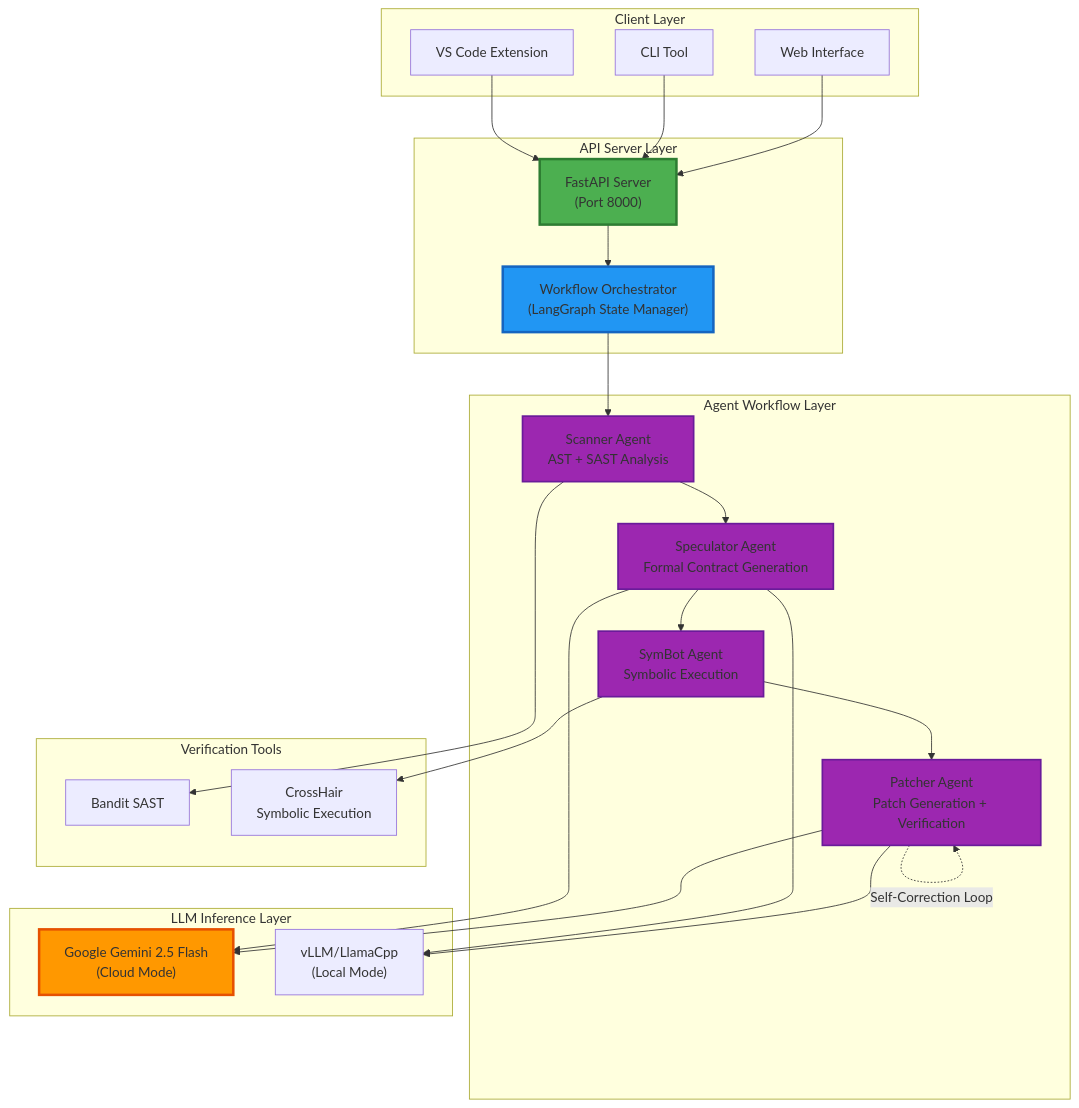
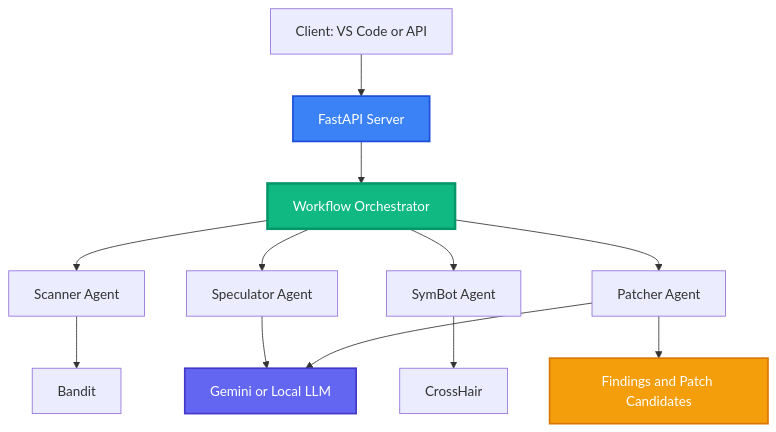
The first of 2 diagrams in README.md (Keerthivasan-Venkitajalam/secure-code-ai), drawn with Mermaid before and after one commit. The commit also changed other lines of this file, not shown here.

````diff
--- a/README.md
+++ b/README.md
@@ -92,57 +59,22 @@
 ```mermaid
 graph TB
-    subgraph Clients["Client Layer"]
-        VSCode["VS Code Extension"]
-        CLI["CLI Tool"]
-        WebUI["Web Interface"]
-    end
+    Client[Client: VS Code or API] --> Server[FastAPI Server]
+    Server --> Orch[Workflow Orchestrator]
 
-    subgraph API["API Server Layer"]
-        FastAPI["FastAPI Server<br/>(Port 8000)"]
-        Orchestrator["Workflow Orchestrator<br/>(LangGraph State Manager)"]
-    end
+    Orch --> Scan[Scanner Agent]
+    Orch --> Spec[Speculator Agent]
+    Orch --> Sym[SymBot Agent]
+    Orch --> Patch[Patcher Agent]
 
-    subgraph Agents["Agent Workflow Layer"]
-        Scanner["Scanner Agent<br/>AST + SAST Analysis"]
-        Speculator["Speculator Agent<br/>Formal Contract Generation"]
-        SymBot["SymBot Agent<br/>Symbolic Execution"]
-        Patcher["Patcher Agent<br/>Patch Generation + Verification"]
-        
-        Scanner --> Speculator
-        Speculator --> SymBot
-        SymBot --> Patcher
-        Patcher -.Self-Correction Loop.-> Patcher
-    end
+    Scan --> Bandit[Bandit]
+    Spec --> LLM[Gemini or Local LLM]
+    Sym --> CrossHair[CrossHair]
+    Patch --> LLM
 
-    subgraph LLM["LLM Inference Layer"]
-        Gemini["Google Gemini 2.5 Flash<br/>(Cloud Mode)"]
-        vLLM["vLLM/LlamaCpp<br/>(Local Mode)"]
-    end
+    Patch --> Result[Findings and Patch Candidates]
 
-    subgraph Tools["Verification Tools"]
-        Bandit["Bandit SAST"]
-        CrossHair["CrossHair<br/>Symbolic Execution"]
-    end
-
-    VSCode --> FastAPI
-    CLI --> FastAPI
-    WebUI --> FastAPI
-    
-    FastAPI --> Orchestrator
-    Orchestrator --> Scanner
-    
-    Scanner --> Bandit
-    Speculator --> Gemini
-    Speculator --> vLLM
-    SymBot --> CrossHair
-    Patcher --> Gemini
-    Patcher --> vLLM
-
-    style FastAPI fill:#4CAF50,stroke:#2E7D32,stroke-width:3px
-    style Orchestrator fill:#2196F3,stroke:#1565C0,stroke-width:3px
-    style Gemini fill:#FF9800,stroke:#E65100,stroke-width:3px
-    style Scanner fill:#9C27B0,stroke:#6A1B9A,stroke-width:2px
-    style Speculator fill:#9C27B0,stroke:#6A1B9A,stroke-width:2px
-    style SymBot fill:#9C27B0,stroke:#6A1B9A,stroke-width:2px
-    style Patcher fill:#9C27B0,stroke:#6A1B9A,stroke-width:2px
+    style Orch fill:#10b981,stroke:#059669,stroke-width:3px,color:#fff
+    style Server fill:#3b82f6,stroke:#1d4ed8,stroke-width:2px,color:#fff
+    style LLM fill:#6366f1,stroke:#4338ca,stroke-width:2px,color:#fff
+    style Result fill:#f59e0b,stroke:#d97706,stroke-width:2px,color:#fff
 ```
````
